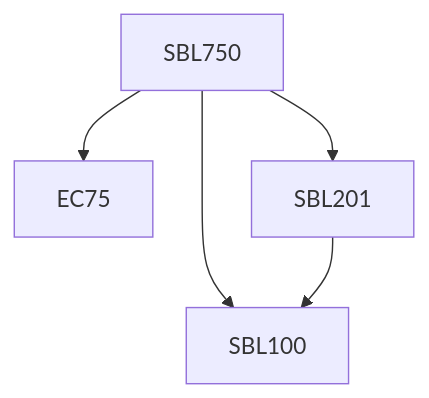
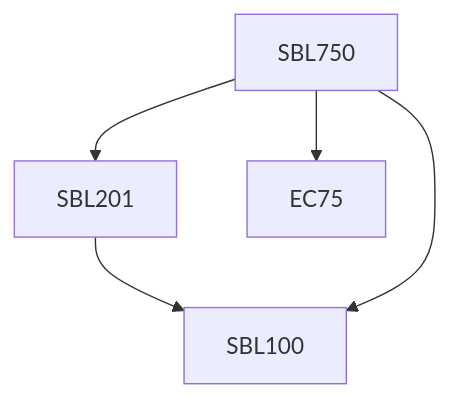
One commit to KeshavBansal0122/CoS_Website changed the diagram in content/Biological Sciences/SBL750.md. Above: the diagram before and after it, drawn with Mermaid. The commit also changed other lines of this file and 2662 other files, not shown here.

````diff
--- a/content/Biological Sciences/SBL750.md
+++ b/content/Biological Sciences/SBL750.md
@@ -13,11 +13,11 @@
 ```mermaid
 flowchart TD
 SBL750-1544[SBL750]
+SBL201-1544 --> SBL100-1544[SBL100]
 SBL750-1544 --> EC75-1544[EC75]
 SBL750-1544 --> SBL201-1544[SBL201]
 SBL750-1544 --> SBL100-1544[SBL100]
-SBL201-1544 --> SBL100-1544[SBL100]
 
 classDef empty height:17px, fill:transparent, stroke:transparent;
 classDef trueEmpty height:0px, width:0px;
 ```
````
